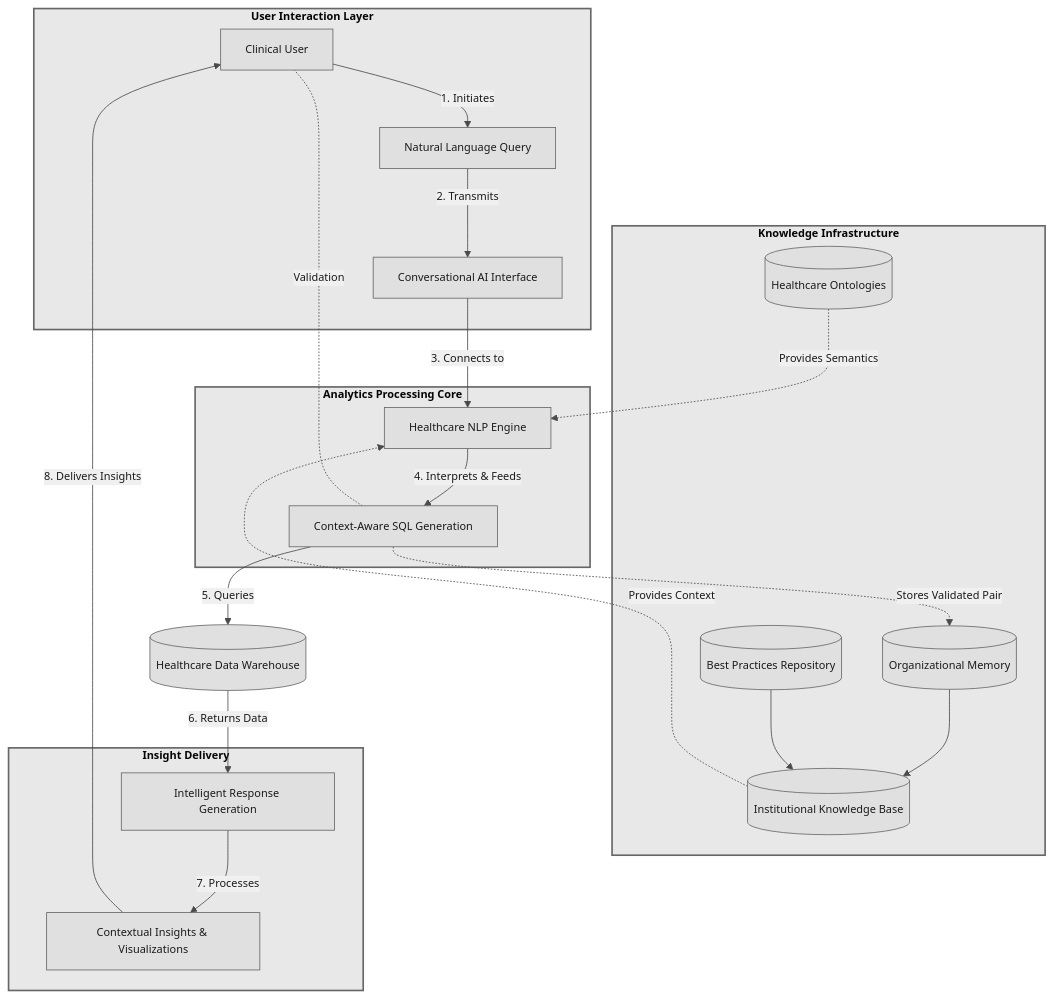
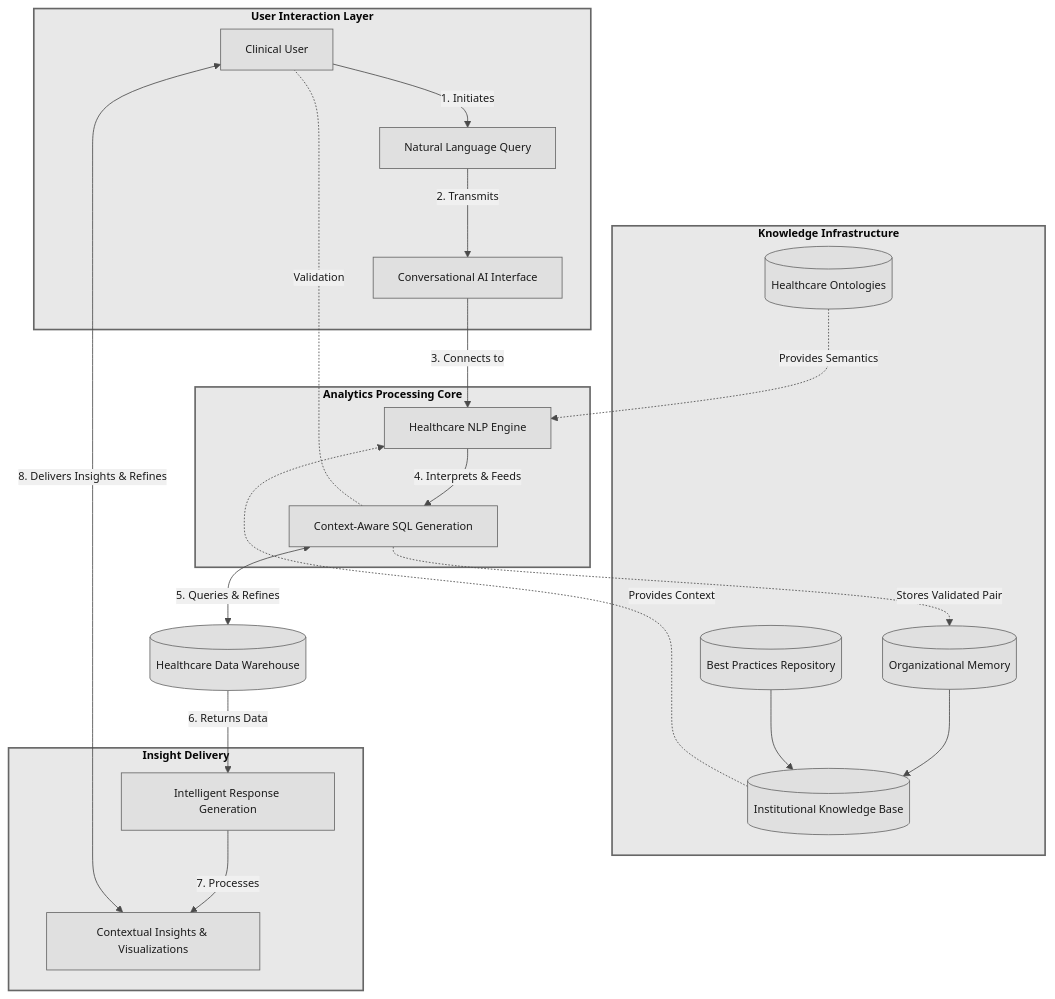
Before and after one commit to stharrold/yuimedi-paper-20250901: the diagram in figures/architecture.mmd, drawn with Mermaid. The commit also changed 1 other file, not shown here.

Commit message:
docs: represent iterative refinement loop in Figure 1

```diff
--- a/figures/architecture.mmd
+++ b/figures/architecture.mmd
@@ -1,45 +1,45 @@
 %%{init: {'theme': 'base', 'flowchart': {'useMaxWidth': false, 'markdownAutoWrap': false}, 'themeVariables': { 'primaryColor': '#e0e0e0', 'primaryTextColor': '#1a1a1a', 'primaryBorderColor': '#666', 'lineColor': '#4a4a4a', 'secondaryColor': '#f0f0f0', 'tertiaryColor': '#fafafa', 'fontFamily': 'Arial, sans-serif', 'fontSize': '10pt'}}}%%
 flowchart TD
     %% Healthcare Analytics Architecture
     %% Updated to align with paper.md Figure 1 caption
 
     subgraph UI["<b>User Interaction Layer</b>"]
         A["Clinical User"] -->|"1. Initiates"| B["Natural Language Query"]
         B -->|"2. Transmits"| C["Conversational AI Interface"]
     end
 
     subgraph Knowledge["<b>Knowledge Infrastructure</b>"]
         D[("Organizational Memory")] --> G[("Institutional Knowledge Base")]
         E[("Best Practices Repository")] --> G
         F[("Healthcare Ontologies")]
     end
 
     subgraph Engine["<b>Analytics Processing Core</b>"]
         H["Healthcare NLP Engine"] -->|"4. Interprets & Feeds"| I["Context-Aware SQL Generation"]
     end
 
     J[("Healthcare Data Warehouse")]
 
     subgraph Output["<b>Insight Delivery</b>"]
         K["Intelligent Response Generation"] -->|"7. Processes"| L["Contextual Insights & Visualizations"]
     end
 
     %% Main flow (Solid lines)
     C -->|"3. Connects to"| H
-    I -->|"5. Queries"| J
+    I <-->|"5. Queries & Refines"| J
     J -->|"6. Returns Data"| K
-    L -->|"8. Delivers Insights"| A
+    L <-->|"8. Delivers Insights & Refines"| A
 
     %% Validation Loop (Dotted line per caption)
     I -.-|"Validation"| A
 
     %% Knowledge Storage (Dashed line per caption)
     I -.->|"Stores Validated Pair"| D
 
     %% Knowledge injection (Dashed lines)
     G -.->|"Provides Context"| H
     F -.->|"Provides Semantics"| H
 
     %% Styling - Grayscale
     classDef group fill:#e8e8e8,stroke:#666,stroke-width:2px
     class UI,Knowledge,Engine,Output group
```
